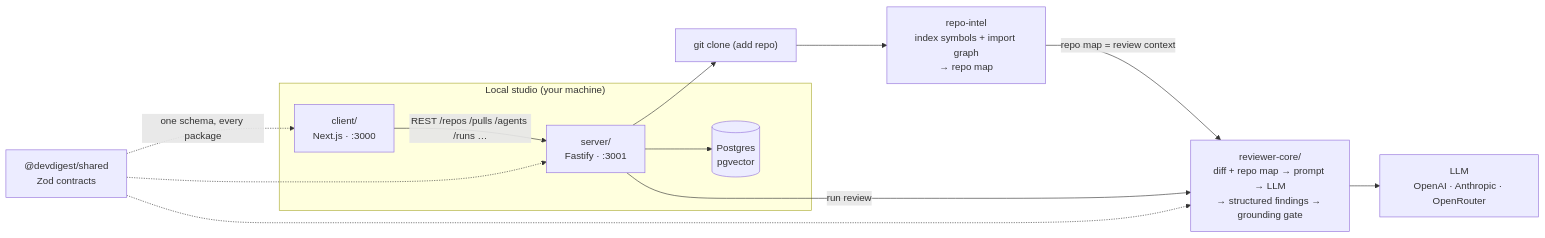
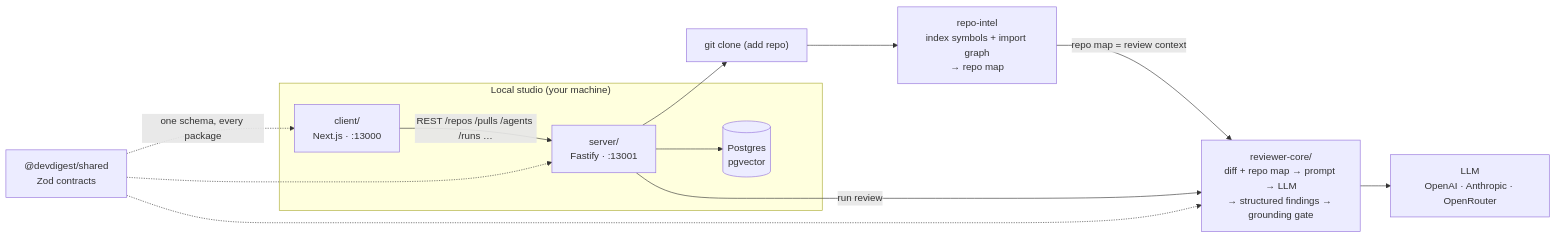
Before and after one commit to ai-agentic-engineering-neo/dev-digest: the diagram in README.md, drawn with Mermaid. The commit also changed other lines of this file and 19 other files, not shown here.

````diff
--- a/README.md
+++ b/README.md
@@ -27,24 +27,24 @@
 ```mermaid
 flowchart LR
   subgraph Studio["Local studio (your machine)"]
-    WEB["client/<br/>Next.js · :3000"]
-    API["server/<br/>Fastify · :3001"]
+    WEB["client/<br/>Next.js · :13000"]
+    API["server/<br/>Fastify · :13001"]
     PG[("Postgres<br/>pgvector")]
     WEB -->|"REST /repos /pulls /agents /runs …"| API
     API --> PG
   end
 
   CLONE["git clone (add repo)"] --> INDEX["repo-intel<br/>index symbols + import graph<br/>→ repo map"]
   API --> CLONE
   INDEX -->|"repo map = review context"| ENGINE
 
   ENGINE["reviewer-core/<br/>diff + repo map → prompt → LLM<br/>→ structured findings → grounding gate"]
   LLM["LLM<br/>OpenAI · Anthropic · OpenRouter"]
   API -->|"run review"| ENGINE
   ENGINE --> LLM
 
   SHARED["@devdigest/shared<br/>Zod contracts"]
   SHARED -.->|"one schema, every package"| WEB
   SHARED -.-> API
   SHARED -.-> ENGINE
 ```
````
